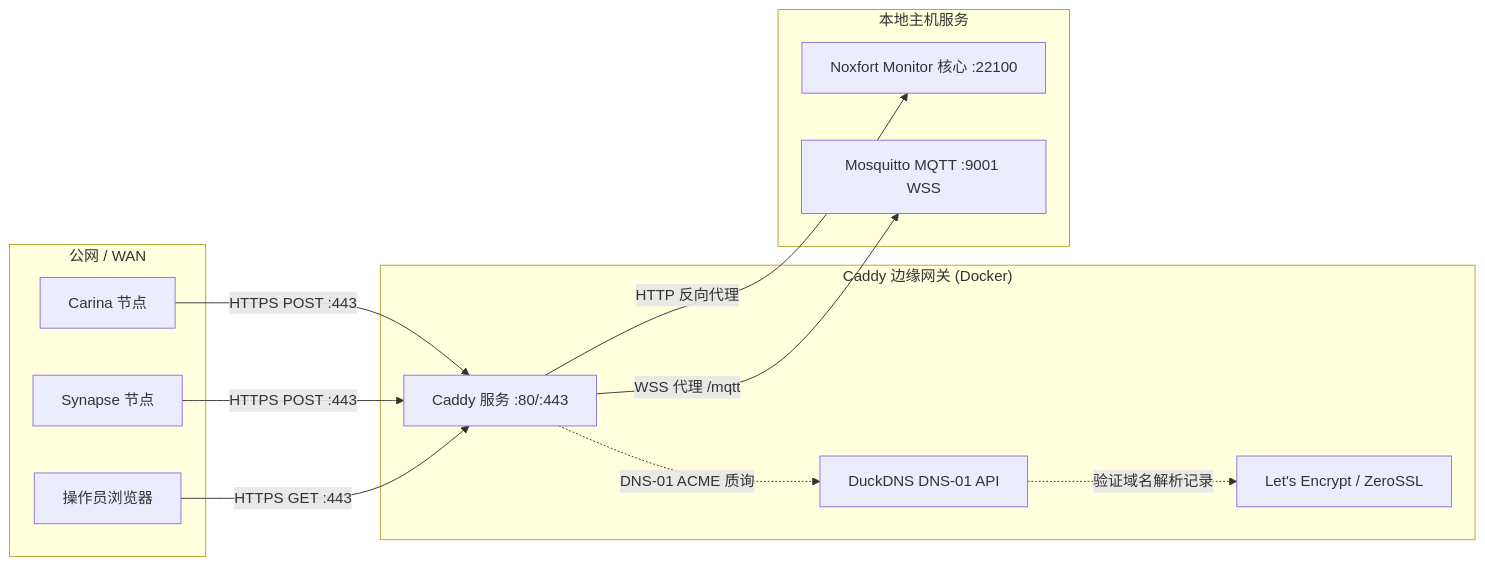
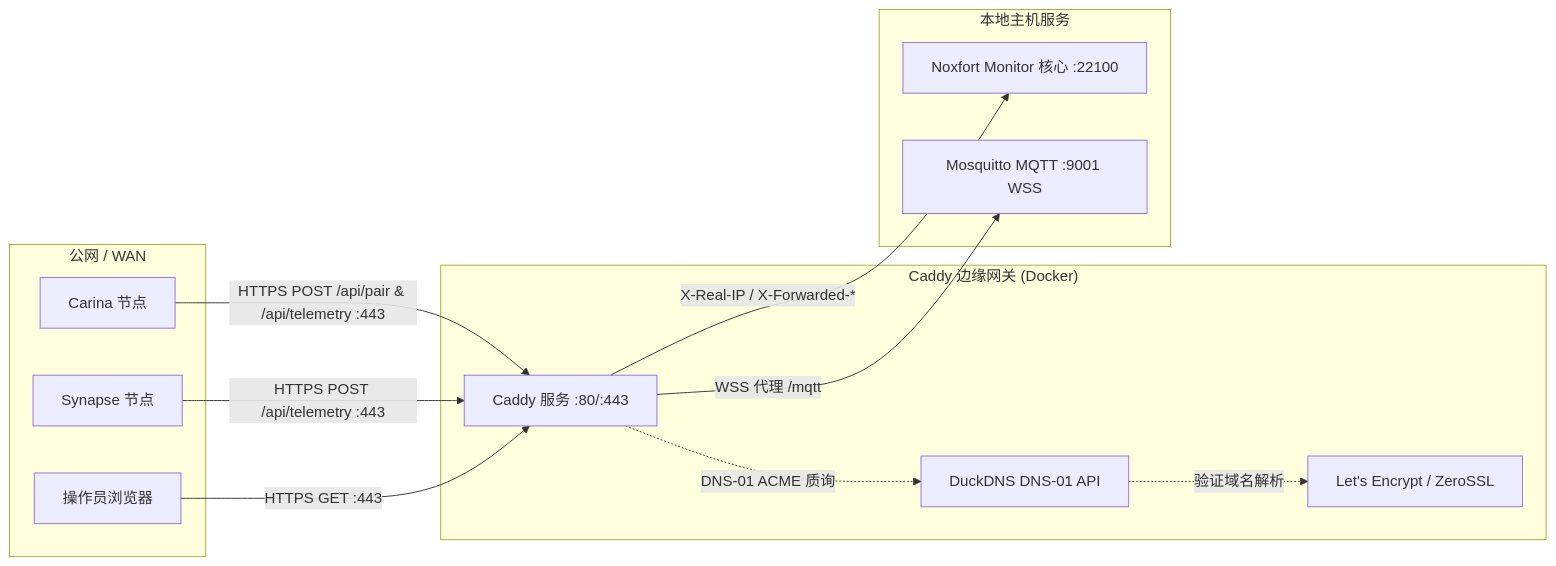
The diagram in docs/zh/caddy_integration.md (Noxfort-Systems-Brazil/MONITOR), drawn with Mermaid before and after one commit. The commit also changed other lines of this file and 186 other files, not shown here.

````diff
--- a/docs/zh/caddy_integration.md
+++ b/docs/zh/caddy_integration.md
@@ -13,29 +11,29 @@
 ```mermaid
 graph LR
     subgraph "公网 / WAN"
         Carina[Carina 节点]
         Synapse[Synapse 节点]
         Browser[操作员浏览器]
     end
 
     subgraph "Caddy 边缘网关 (Docker)"
-        Caddy[Caddy 服务 :80/:443]
-        LetEncrypt[Let's Encrypt / ZeroSSL]
+        Caddy["Caddy 服务 :80/:443"]
+        LetEncrypt["Let's Encrypt / ZeroSSL"]
         DuckAPI[DuckDNS DNS-01 API]
     end
 
     subgraph "本地主机服务"
-        Monitor[Noxfort Monitor 核心 :22100]
-        Mosquitto[Mosquitto MQTT :9001 WSS]
+        Monitor["Noxfort Monitor 核心 :22100"]
+        Mosquitto["Mosquitto MQTT :9001 WSS"]
     end
 
-    Carina -->|HTTPS POST :443| Caddy
-    Synapse -->|HTTPS POST :443| Caddy
-    Browser -->|HTTPS GET :443| Caddy
+    Carina -->|"HTTPS POST /api/pair & /api/telemetry :443"| Caddy
+    Synapse -->|"HTTPS POST /api/telemetry :443"| Caddy
+    Browser -->|"HTTPS GET :443"| Caddy
 
-    Caddy -.->|DNS-01 ACME 质询| DuckAPI
-    DuckAPI -.->|验证域名解析记录| LetEncrypt
+    Caddy -.->|"DNS-01 ACME 质询"| DuckAPI
+    DuckAPI -.->|"验证域名解析"| LetEncrypt
 
-    Caddy -->|HTTP 反向代理| Monitor
-    Caddy -->|WSS 代理 /mqtt| Mosquitto
+    Caddy -->|"X-Real-IP / X-Forwarded-*"| Monitor
+    Caddy -->|"WSS 代理 /mqtt"| Mosquitto
 ```
````
